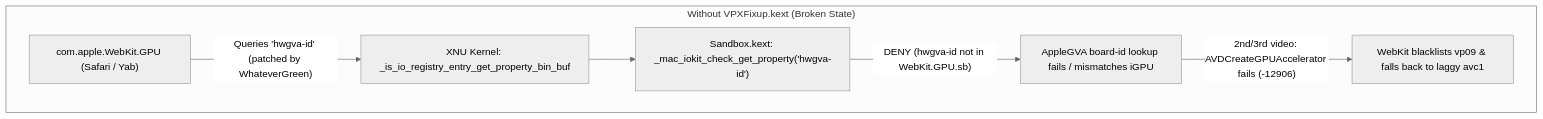
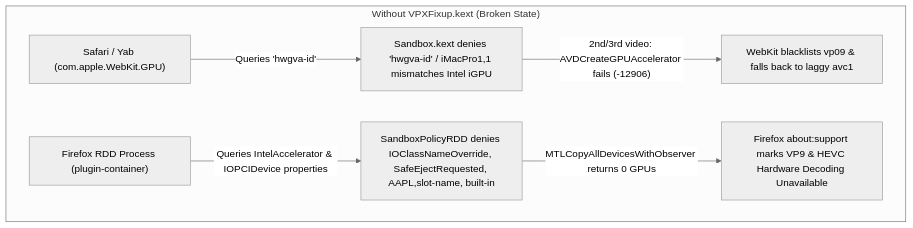
The first of 2 diagrams in HOW_IT_WORKS.md (medkintos/VPXFixUp), drawn with Mermaid (neutral theme) before and after one commit. The commit also changed other lines of this file and 23 other files, not shown here.

````diff
--- a/HOW_IT_WORKS.md
+++ b/HOW_IT_WORKS.md
@@ -26,9 +36,9 @@
 ```mermaid
 flowchart TD
     subgraph Without_VPXFixup["Without VPXFixup.kext (Broken State)"]
-        W1["com.apple.WebKit.GPU (Safari / Yab)"] -->|"Queries 'hwgva-id' (patched by WhateverGreen)"| W2["XNU Kernel: _is_io_registry_entry_get_property_bin_buf"]
-        W2 --> W3["Sandbox.kext: _mac_iokit_check_get_property('hwgva-id')"]
-        W3 -->|"DENY (hwgva-id not in WebKit.GPU.sb)"| W4["AppleGVA board-id lookup fails / mismatches iGPU"]
-        W4 -->|"2nd/3rd video: AVDCreateGPUAccelerator fails (-12906)"| W5["WebKit blacklists vp09 & falls back to laggy avc1"]
+        W1["Safari / Yab (com.apple.WebKit.GPU)"] -->|"Queries 'hwgva-id'"| W2["Sandbox.kext denies 'hwgva-id' / iMacPro1,1 mismatches Intel iGPU"]
+        W2 -->|"2nd/3rd video: AVDCreateGPUAccelerator fails (-12906)"| W3["WebKit blacklists vp09 & falls back to laggy avc1"]
+        F1["Firefox RDD Process (plugin-container)"] -->|"Queries IntelAccelerator & IOPCIDevice properties"| F2["SandboxPolicyRDD denies IOClassNameOverride, SafeEjectRequested, AAPL,slot-name, built-in"]
+        F2 -->|"MTLCopyAllDevicesWithObserver returns 0 GPUs"| F3["Firefox about:support marks VP9 & HEVC Hardware Decoding Unavailable"]
     end
 ```
````
